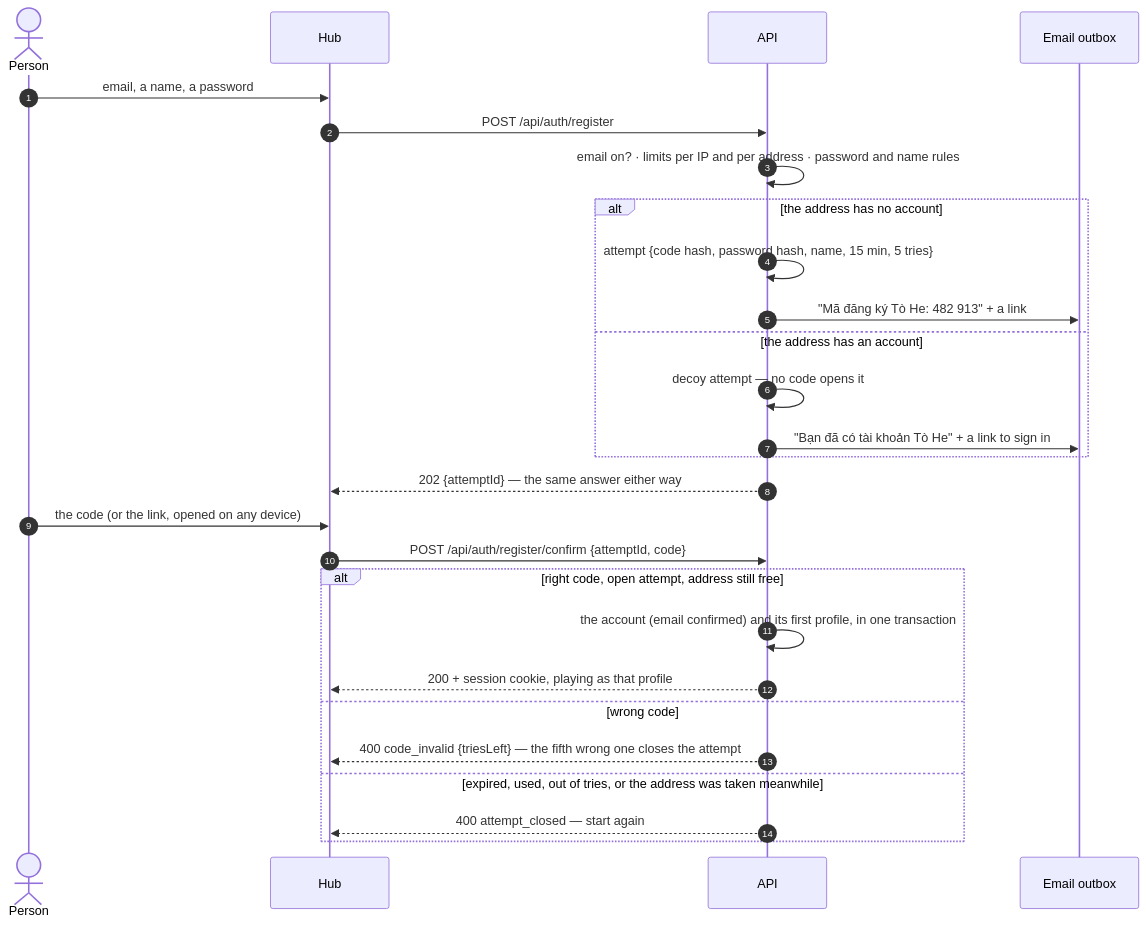
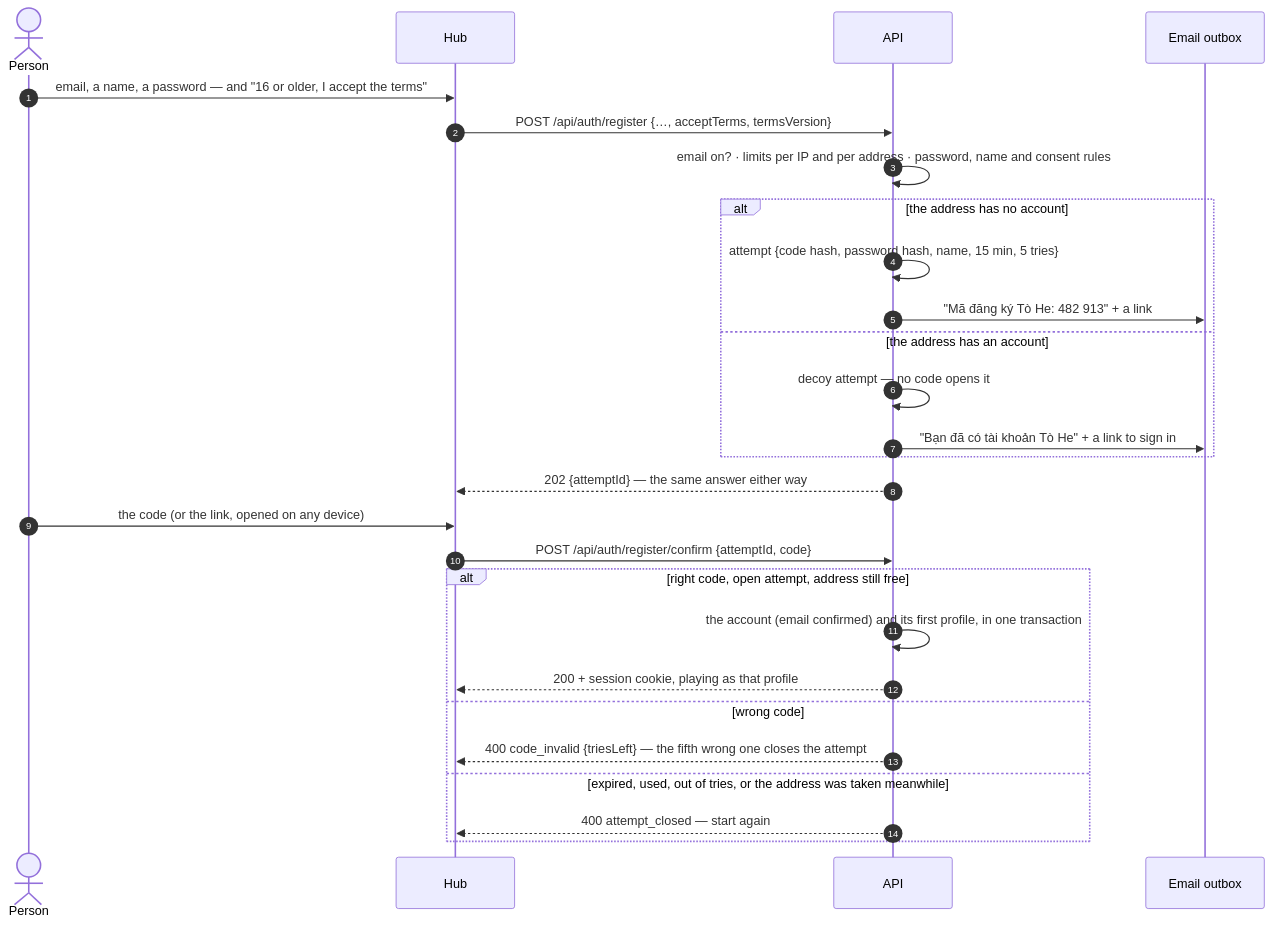
The second of 7 diagrams in docs/architecture/identity.md (vinh466/tohe-play), drawn with Mermaid before and after one commit. The commit also changed other lines of this file and 5 other files, not shown here.

````diff
--- a/docs/architecture/identity.md
+++ b/docs/architecture/identity.md
@@ -66,29 +69,29 @@
 ```mermaid
 sequenceDiagram
   autonumber
   actor U as Person
   participant H as Hub
   participant A as API
   participant M as Email outbox
-  U->>H: email, a name, a password
-  H->>A: POST /api/auth/register
-  A->>A: email on? · limits per IP and per address · password and name rules
+  U->>H: email, a name, a password — and "16 or older, I accept the terms"
+  H->>A: POST /api/auth/register {…, acceptTerms, termsVersion}
+  A->>A: email on? · limits per IP and per address · password, name and consent rules
   alt the address has no account
     A->>A: attempt {code hash, password hash, name, 15 min, 5 tries}
     A->>M: "Mã đăng ký Tò He: 482 913" + a link
   else the address has an account
     A->>A: decoy attempt — no code opens it
     A->>M: "Bạn đã có tài khoản Tò He" + a link to sign in
   end
   A-->>H: 202 {attemptId} — the same answer either way
   U->>H: the code (or the link, opened on any device)
   H->>A: POST /api/auth/register/confirm {attemptId, code}
   alt right code, open attempt, address still free
     A->>A: the account (email confirmed) and its first profile, in one transaction
     A-->>H: 200 + session cookie, playing as that profile
   else wrong code
     A-->>H: 400 code_invalid {triesLeft} — the fifth wrong one closes the attempt
   else expired, used, out of tries, or the address was taken meanwhile
     A-->>H: 400 attempt_closed — start again
   end
 ```
````
